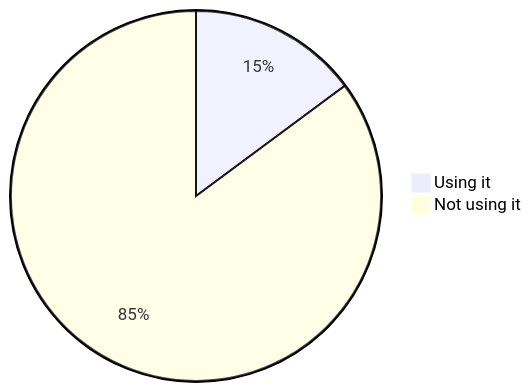
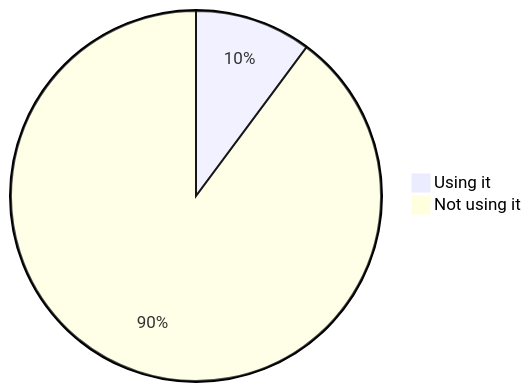
The sixth of 18 diagrams in stats.md (oshp/oshp-stats), drawn with Mermaid before and after one commit. The commit also changed other lines of this file and 1 other file, not shown here.

````diff
--- a/stats.md
+++ b/stats.md
@@ -68,6 +68,6 @@
 ```mermaid
 pie
-	"Using it" : 14.85
-	"Not using it" : 85.15
+	"Using it" : 10.17
+	"Not using it" : 89.83
 
 ```
````
